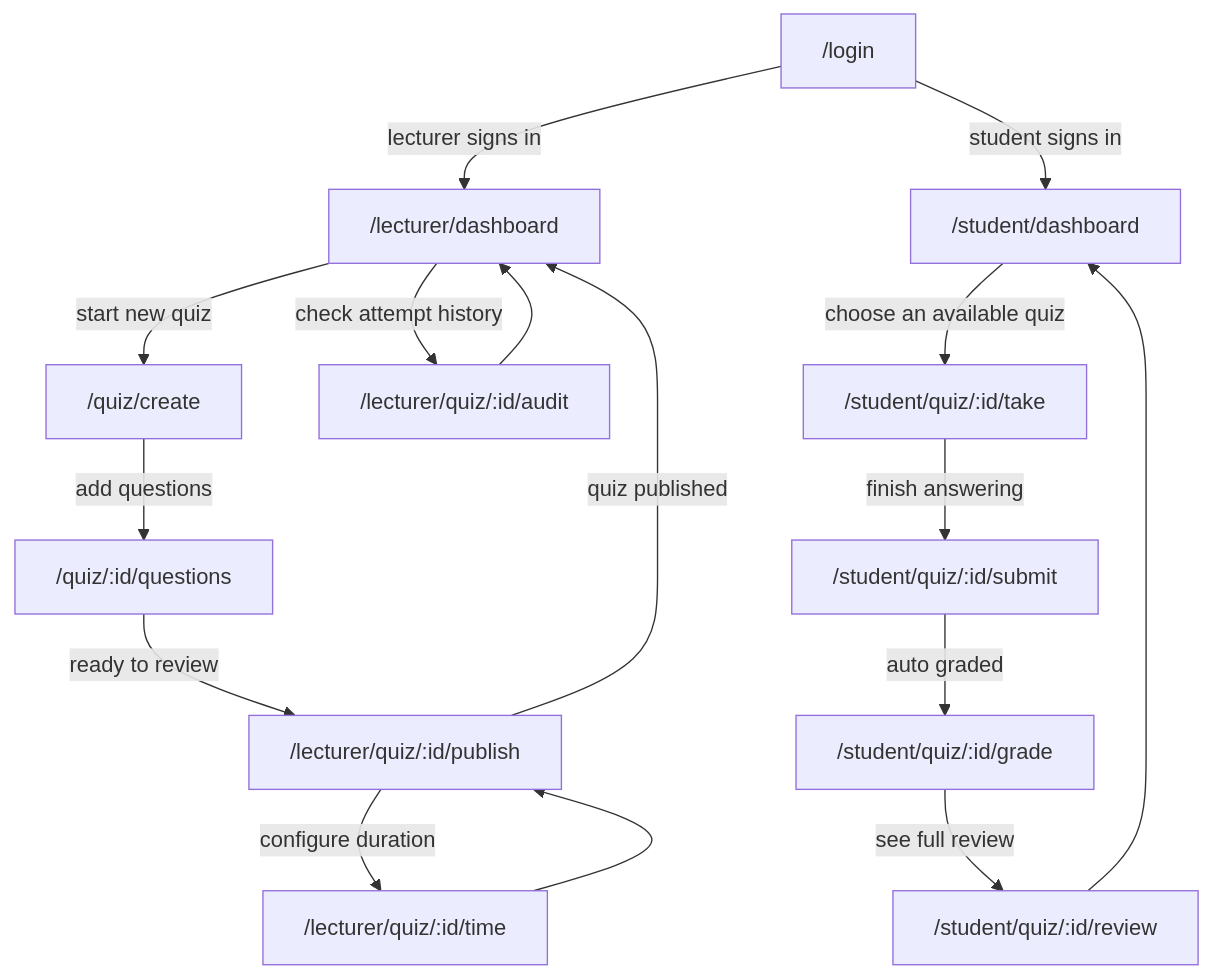
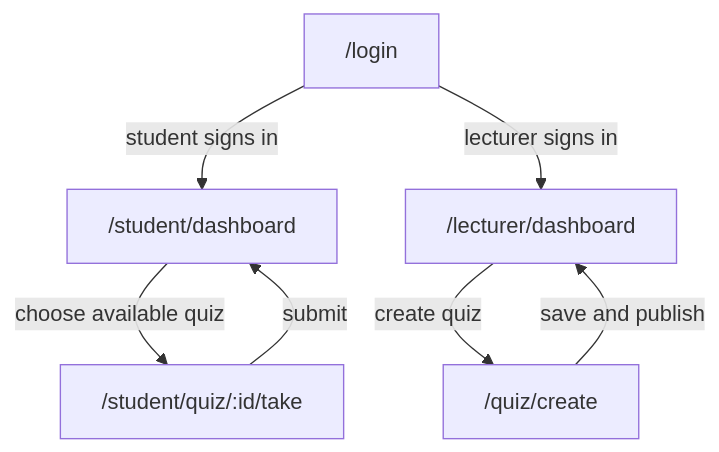
One commit to SE-FDA-NEU/Gr7_AI66A_SE changed the diagram in docs/requirements.md. Above: the diagram before and after it, drawn with Mermaid. The commit also changed other lines of this file and 1 other file, not shown here.

````diff
--- a/docs/requirements.md
+++ b/docs/requirements.md
@@ -273,20 +242,9 @@
 ```mermaid
 flowchart TD
-    Login["/login"] -->|lecturer signs in| LDash["/lecturer/dashboard"]
-    Login -->|student signs in| SDash["/student/dashboard"]
-
-    LDash -->|start new quiz| Create["/quiz/create"]
-    Create -->|add questions| Questions["/quiz/:id/questions"]
-    Questions -->|ready to review| Publish["/lecturer/quiz/:id/publish"]
-    Publish -->|configure duration| Time["/lecturer/quiz/:id/time"]
-    Time --> Publish
-    Publish -->|quiz published| LDash
-    LDash -->|check attempt history| Audit["/lecturer/quiz/:id/audit"]
-    Audit --> LDash
-
-    SDash -->|choose an available quiz| Take["/student/quiz/:id/take"]
-    Take -->|finish answering| Submit["/student/quiz/:id/submit"]
-    Submit -->|auto graded| Grade["/student/quiz/:id/grade"]
-    Grade -->|see full review| Review["/student/quiz/:id/review"]
-    Review --> SDash
+    Login["/login"] -->|student signs in| Student["/student/dashboard"]
+    Login -->|lecturer signs in| Lecturer["/lecturer/dashboard"]
+    Lecturer -->|create quiz| Create["/quiz/create"]
+    Create -->|save and publish| Lecturer
+    Student -->|choose available quiz| Take["/student/quiz/:id/take"]
+    Take -->|submit| Student
 ```
````
